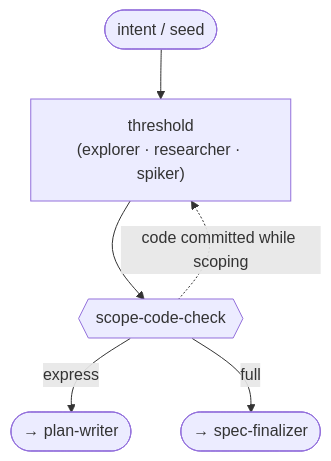
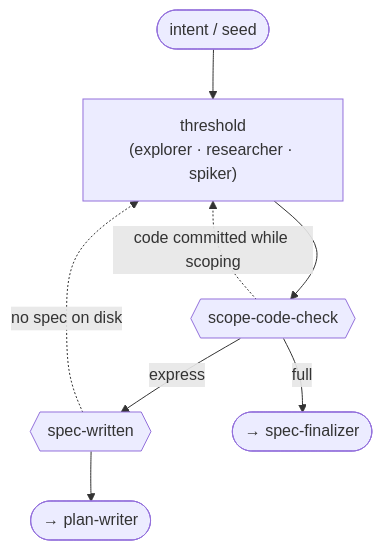
Before and after one commit to jpoimboe/imp: the eighth of 13 diagrams in docs/internals/architecture.md, drawn with Mermaid. The commit also changed other lines of this file and 6 other files, not shown here.

````diff
--- a/docs/internals/architecture.md
+++ b/docs/internals/architecture.md
@@ -178,8 +180,10 @@
 ```mermaid
 flowchart TD
   in([intent / seed]) --> TH["threshold<br/>(explorer · researcher · spiker)"]
   TH --> SCC{{"scope-code-check"}}
-  SCC -->|express| toplan([→ plan-writer])
+  SCC -->|express| SW{{"spec-written"}}
+  SW --> toplan([→ plan-writer])
+  SW -. "no spec on disk" .-> TH
   SCC -->|full| tospec([→ spec-finalizer])
   SCC -. "code committed while scoping" .-> TH
 ```
````
